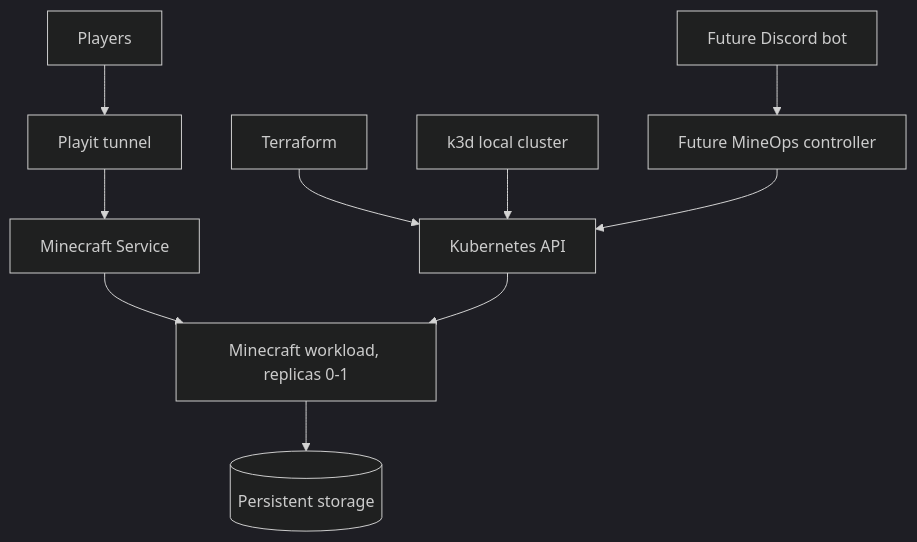
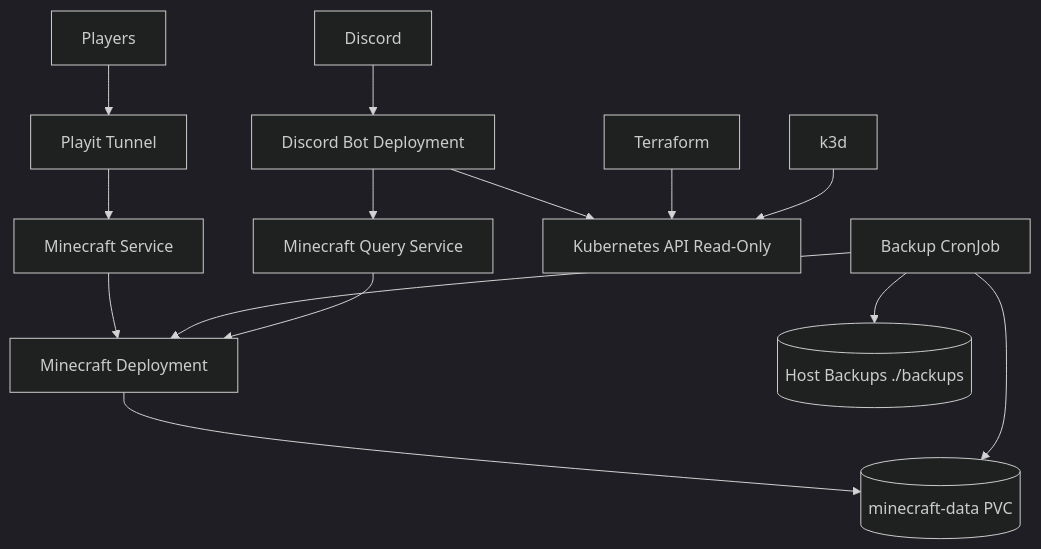
The diagram in docs/architecture.md (Mahmimi/MineOps), drawn with Mermaid (dark theme) before and after one commit. The commit also changed other lines of this file and 57 other files, not shown here.

Commit message:
add: discord bot server with commands.

````diff
--- a/docs/architecture.md
+++ b/docs/architecture.md
@@ -7,12 +7,19 @@
 ```mermaid
 flowchart TD
-  Player[Players] --> Tunnel[Playit tunnel]
-  Tunnel --> Service[Minecraft Service]
-  Service --> Minecraft[Minecraft workload, replicas 0-1]
-  Minecraft --> Storage[(Persistent storage)]
-  Terraform[Terraform] --> Kubernetes[Kubernetes API]
-  K3d[k3d local cluster] --> Kubernetes
-  Kubernetes --> Minecraft
-  FutureBot[Future Discord bot] --> FutureController[Future MineOps controller]
-  FutureController --> Kubernetes
+  Player[Players] --> Playit[Playit Tunnel]
+  Playit --> MinecraftService[Minecraft Service]
+  MinecraftService --> Minecraft[Minecraft Deployment]
+  Minecraft --> WorldPVC[(minecraft-data PVC)]
+
+  BackupCron[Backup CronJob] --> Minecraft
+  BackupCron --> WorldPVC
+  BackupCron --> BackupHost[(Host Backups ./backups)]
+
+  Discord[Discord] --> Bot[Discord Bot Deployment]
+  Bot --> KubeAPI[Kubernetes API Read-Only]
+  Bot --> Query[Minecraft Query Service]
+  Query --> Minecraft
+
+  Terraform[Terraform] --> KubeAPI
+  K3d[k3d] --> KubeAPI
 ```
````
